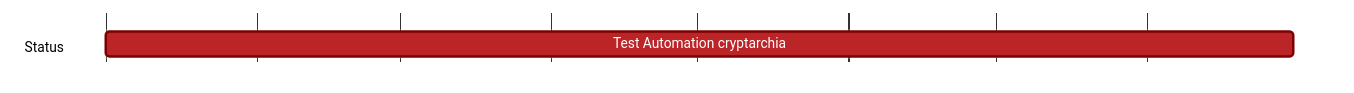
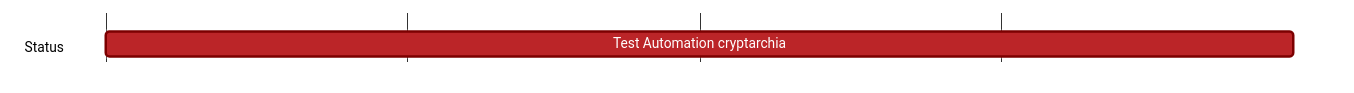
Before and after one commit to logos-co/roadmap: the diagram in content/vac/qa/g/nomos/test-automation-cryptarchia.md, drawn with Mermaid.

````diff
--- a/content/vac/qa/g/nomos/test-automation-cryptarchia.md
+++ b/content/vac/qa/g/nomos/test-automation-cryptarchia.md
@@ -7,20 +7,20 @@
 ```mermaid
 %%{ 
   init: { 
     'theme': 'base', 
     'themeVariables': { 
       'primaryColor': '#BB2528', 
       'primaryTextColor': '#fff', 
       'primaryBorderColor': '#7C0000', 
       'lineColor': '#F8B229', 
       'secondaryColor': '#006100', 
       'tertiaryColor': '#fff' 
     } 
   } 
 }%%
 gantt
   tickInterval 1month
   dateFormat YYYY-MM-DD 
   section Status
-    Test Automation cryptarchia:  2024-01-01, 2024-08-31
+    Test Automation cryptarchia:  2024-05-01, 2024-08-31
 ```
````
